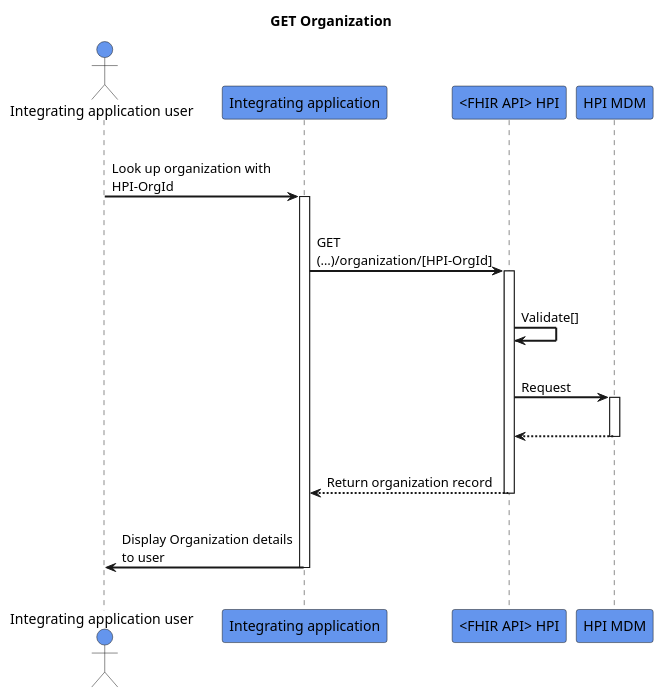
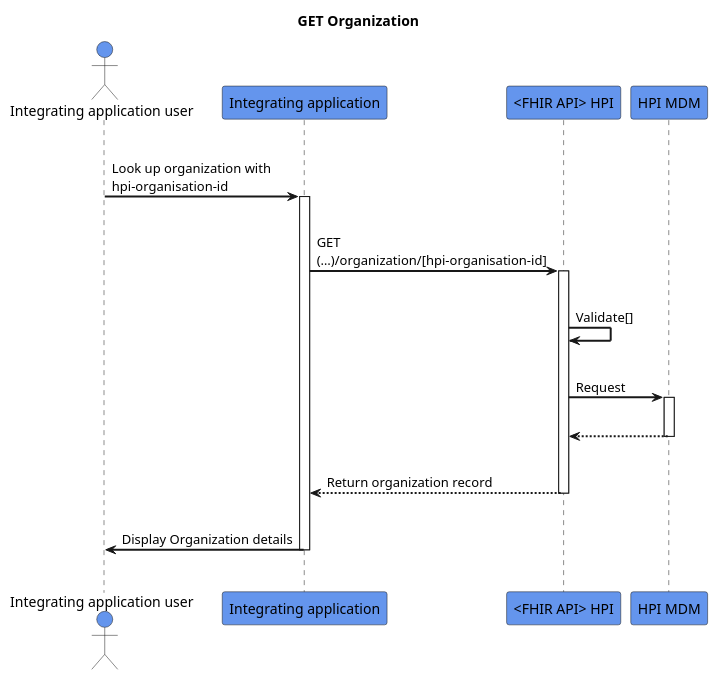
Before and after one commit to HL7NZ/hpi: the diagram in input/images-source/get-organization.plantuml, drawn with PlantUML.

```diff
--- a/input/images-source/get-organization.plantuml
+++ b/input/images-source/get-organization.plantuml
@@ -1,33 +1,33 @@
 @startuml
 skinparam sequenceArrowThickness 2
 skinparam roundcorner 5
 skinparam maxmessagesize 180
 skinparam sequenceParticipant bold
 title GET Organization
 actor "Integrating application user" as User #CornflowerBlue
 participant "Integrating application" as A #CornflowerBlue
 participant "<FHIR API> HPI" as B #CornflowerBlue
 participant "HPI MDM" as C #CornflowerBlue
 |||
-User -> A: Look up organization with HPI-OrgId
+User -> A: Look up organization with hpi-organisation-id
 activate A
 |||
-A -> B: GET (…)/organization/[HPI-OrgId]
+A -> B: GET (…)/organization/[hpi-organisation-id]
 activate B
 |||
 B -> B: Validate[]
 |||
 B -> C: Request
 activate C
 |||
 
 C -[dashed]-> B:  
 deactivate C
 |||
 B -[dashed]-> A:Return organization record
 deactivate B
 |||
-A -> User:Display Organization details to user 
+A -> User:Display Organization details 
 deactivate A
 |||
 @enduml
```
